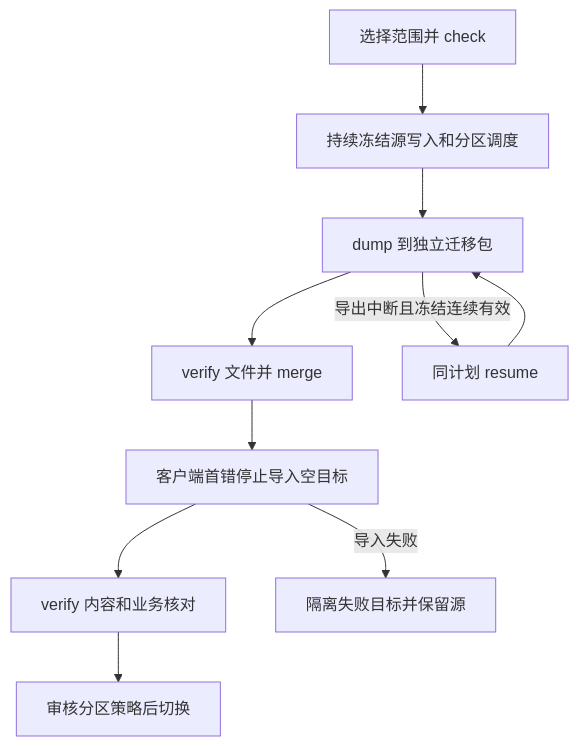
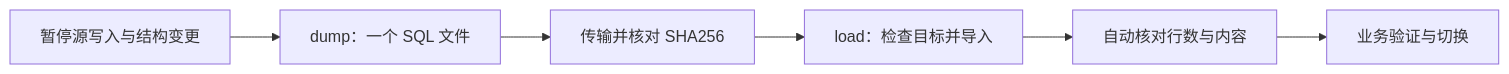
The diagram in tools/starrocks/starmigration/README.md (brinnatt/kubeauto), drawn with Mermaid before and after one commit. The commit also changed other lines of this file and 10 other files, not shown here.

````diff
--- a/tools/starrocks/starmigration/README.md
+++ b/tools/starrocks/starmigration/README.md
@@ -25,12 +57,8 @@
 ```mermaid
-flowchart TD
-    A[选择范围并 check] --> B[持续冻结源写入和分区调度]
-    B --> C[dump 到独立迁移包]
-    C --> D[verify 文件并 merge]
-    D --> E[客户端首错停止导入空目标]
-    E --> F[verify 内容和业务核对]
-    F --> G[审核分区策略后切换]
-    C -->|导出中断且冻结连续有效| H[同计划 resume]
-    H --> C
-    E -->|导入失败| I[隔离失败目标并保留源]
+flowchart LR
+    A[暂停源写入与结构变更] --> B[dump：一个 SQL 文件]
+    B --> C[传输并核对 SHA256]
+    C --> D[load：检查目标并导入]
+    D --> E[自动核对行数与内容]
+    E --> F[业务验证与切换]
 ```
````
